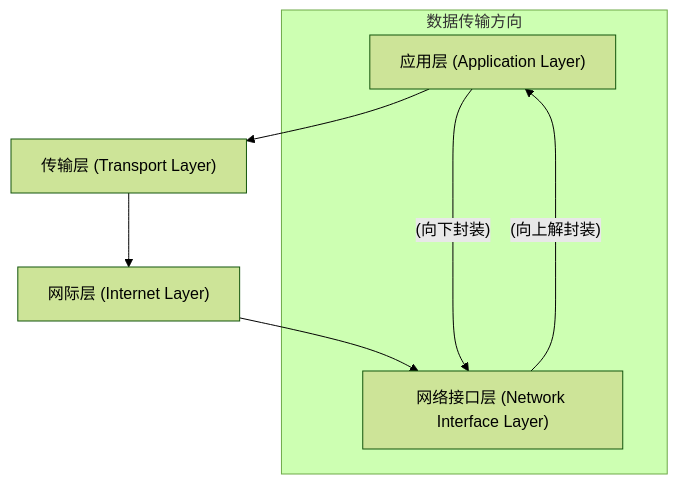
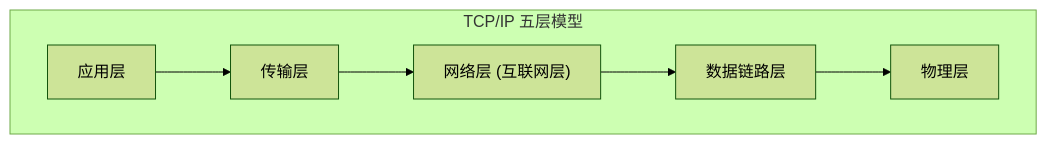
The first of 2 diagrams in source/_posts/2023/2023-03-11_TCP IP协议栈深度详解：因特网的核心基石.md (teatang/t-blog), drawn with Mermaid (forest theme) before and after one commit. The commit also changed other lines of this file and 3 other files, not shown here.

```diff
--- a/source/_posts/2023/2023-03-11_TCP IP协议栈深度详解：因特网的核心基石.md
+++ b/source/_posts/2023/2023-03-11_TCP IP协议栈深度详解：因特网的核心基石.md
@@ -43,11 +46,10 @@
 {% mermaid %}
 graph TD
-    A["应用层 (Application Layer)"] --> B["传输层 (Transport Layer)"]
-    B --> C["网际层 (Internet Layer)"]
-    C --> D["网络接口层 (Network Interface Layer)"]
-
-    subgraph 数据传输方向
-        A --(向下封装)--> D
-        D --(向上解封装)--> A
+    A[应用层] --> B[传输层]
+    B --> C["网络层 (互联网层)"]
+    C --> D[数据链路层]
+    D --> E[物理层]
+    subgraph TCP/IP 五层模型
+        A;B;C;D;E
     end
 {% endmermaid %}
```
